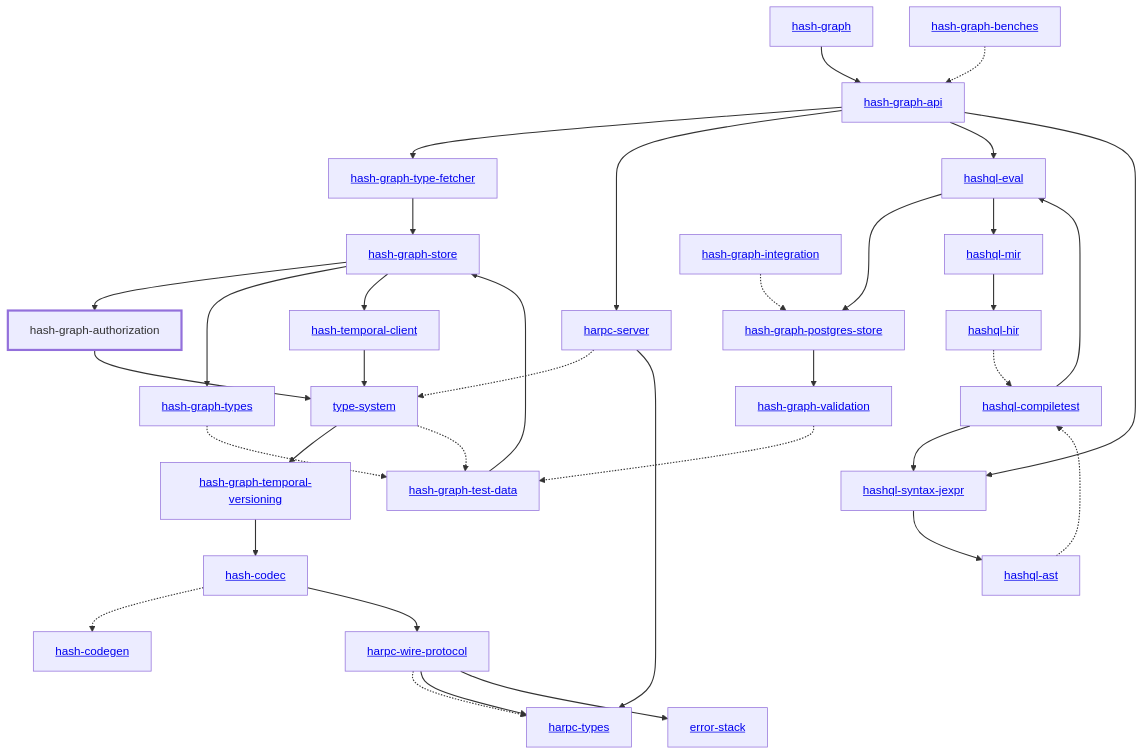
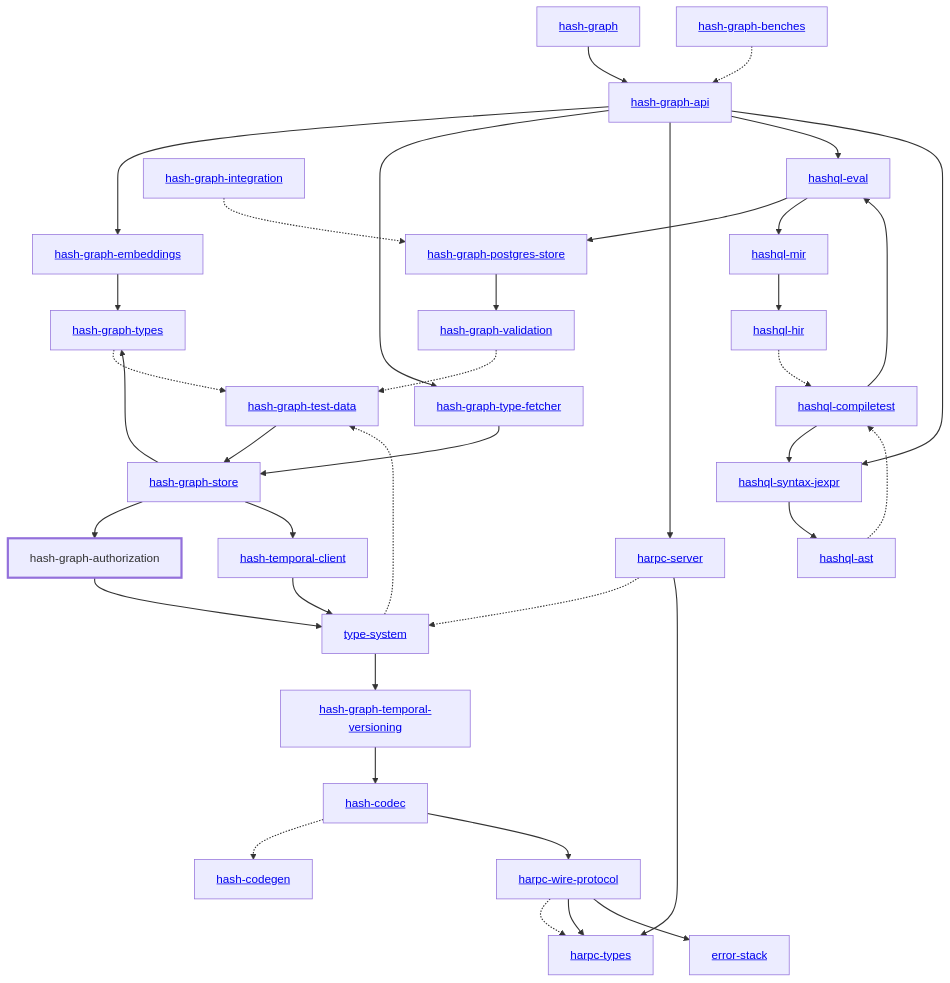
The diagram in libs/@local/graph/authorization/docs/dependency-diagram.mmd (hashintel/hash), drawn with Mermaid before and after one commit. The commit also changed 16 other files, not shown here.

Commit message:
BE-622: Update dependency diagrams

```diff
--- a/libs/@local/graph/authorization/docs/dependency-diagram.mmd
+++ b/libs/@local/graph/authorization/docs/dependency-diagram.mmd
@@ -1,72 +1,75 @@
 graph TD
     linkStyle default stroke-width:1.5px
     classDef default stroke-width:1px
     classDef root stroke-width:3px
     classDef dev stroke-width:1px
     classDef build stroke-width:1px
     %% Legend
     %% --> : Normal dependency
     %% -.-> : Dev dependency
     %% ---> : Build dependency
     0[<a href="../hash_graph/index.html">hash-graph</a>]
     1[<a href="../type_system/index.html">type-system</a>]
     2[<a href="../hash_codec/index.html">hash-codec</a>]
     3[<a href="../hash_codegen/index.html">hash-codegen</a>]
     4[<a href="../hash_graph_api/index.html">hash-graph-api</a>]
     5[hash-graph-authorization]
     class 5 root
-    6[<a href="../hash_graph_postgres_store/index.html">hash-graph-postgres-store</a>]
-    7[<a href="../hash_graph_store/index.html">hash-graph-store</a>]
-    8[<a href="../hash_graph_temporal_versioning/index.html">hash-graph-temporal-versioning</a>]
-    9[<a href="../hash_graph_type_fetcher/index.html">hash-graph-type-fetcher</a>]
-    10[<a href="../hash_graph_types/index.html">hash-graph-types</a>]
-    11[<a href="../hash_graph_validation/index.html">hash-graph-validation</a>]
-    12[<a href="../harpc_server/index.html">harpc-server</a>]
-    13[<a href="../harpc_types/index.html">harpc-types</a>]
-    14[<a href="../harpc_wire_protocol/index.html">harpc-wire-protocol</a>]
-    15[<a href="../hashql_ast/index.html">hashql-ast</a>]
-    16[<a href="../hashql_compiletest/index.html">hashql-compiletest</a>]
-    17[<a href="../hashql_eval/index.html">hashql-eval</a>]
-    18[<a href="../hashql_hir/index.html">hashql-hir</a>]
-    19[<a href="../hashql_mir/index.html">hashql-mir</a>]
-    20[<a href="../hashql_syntax_jexpr/index.html">hashql-syntax-jexpr</a>]
-    21[<a href="../hash_temporal_client/index.html">hash-temporal-client</a>]
-    22[<a href="../error_stack/index.html">error-stack</a>]
-    23[<a href="../hash_graph_benches/index.html">hash-graph-benches</a>]
-    24[<a href="../hash_graph_integration/index.html">hash-graph-integration</a>]
-    25[<a href="../hash_graph_test_data/index.html">hash-graph-test-data</a>]
+    6[<a href="../hash_graph_embeddings/index.html">hash-graph-embeddings</a>]
+    7[<a href="../hash_graph_postgres_store/index.html">hash-graph-postgres-store</a>]
+    8[<a href="../hash_graph_store/index.html">hash-graph-store</a>]
+    9[<a href="../hash_graph_temporal_versioning/index.html">hash-graph-temporal-versioning</a>]
+    10[<a href="../hash_graph_type_fetcher/index.html">hash-graph-type-fetcher</a>]
+    11[<a href="../hash_graph_types/index.html">hash-graph-types</a>]
+    12[<a href="../hash_graph_validation/index.html">hash-graph-validation</a>]
+    13[<a href="../harpc_server/index.html">harpc-server</a>]
+    14[<a href="../harpc_types/index.html">harpc-types</a>]
+    15[<a href="../harpc_wire_protocol/index.html">harpc-wire-protocol</a>]
+    16[<a href="../hashql_ast/index.html">hashql-ast</a>]
+    17[<a href="../hashql_compiletest/index.html">hashql-compiletest</a>]
+    18[<a href="../hashql_eval/index.html">hashql-eval</a>]
+    19[<a href="../hashql_hir/index.html">hashql-hir</a>]
+    20[<a href="../hashql_mir/index.html">hashql-mir</a>]
+    21[<a href="../hashql_syntax_jexpr/index.html">hashql-syntax-jexpr</a>]
+    22[<a href="../hash_temporal_client/index.html">hash-temporal-client</a>]
+    23[<a href="../error_stack/index.html">error-stack</a>]
+    24[<a href="../hash_graph_benches/index.html">hash-graph-benches</a>]
+    25[<a href="../hash_graph_integration/index.html">hash-graph-integration</a>]
+    26[<a href="../hash_graph_test_data/index.html">hash-graph-test-data</a>]
     0 --> 4
-    1 --> 8
-    1 -.-> 25
+    1 --> 9
+    1 -.-> 26
     2 -.-> 3
-    2 --> 14
-    4 --> 9
-    4 --> 12
-    4 --> 17
-    4 --> 20
+    2 --> 15
+    4 --> 6
+    4 --> 10
+    4 --> 13
+    4 --> 18
+    4 --> 21
     5 --> 1
     6 --> 11
-    7 --> 5
-    7 --> 10
-    7 --> 21
-    8 --> 2
-    9 --> 7
-    10 -.-> 25
-    11 -.-> 25
-    12 -.-> 1
-    12 --> 13
-    14 -.-> 13
-    14 --> 13
-    14 --> 22
-    15 -.-> 16
-    16 --> 17
-    16 --> 20
-    17 --> 6
-    17 --> 19
-    18 -.-> 16
-    19 --> 18
-    20 --> 15
-    21 --> 1
-    23 -.-> 4
-    24 -.-> 6
-    25 --> 7
+    7 --> 12
+    8 --> 5
+    8 --> 11
+    8 --> 22
+    9 --> 2
+    10 --> 8
+    11 -.-> 26
+    12 -.-> 26
+    13 -.-> 1
+    13 --> 14
+    15 -.-> 14
+    15 --> 14
+    15 --> 23
+    16 -.-> 17
+    17 --> 18
+    17 --> 21
+    18 --> 7
+    18 --> 20
+    19 -.-> 17
+    20 --> 19
+    21 --> 16
+    22 --> 1
+    24 -.-> 4
+    25 -.-> 7
+    26 --> 8
```
